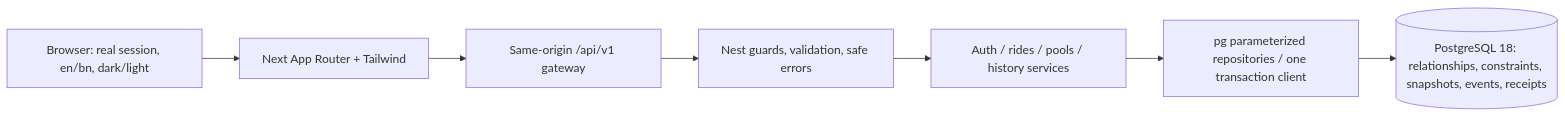
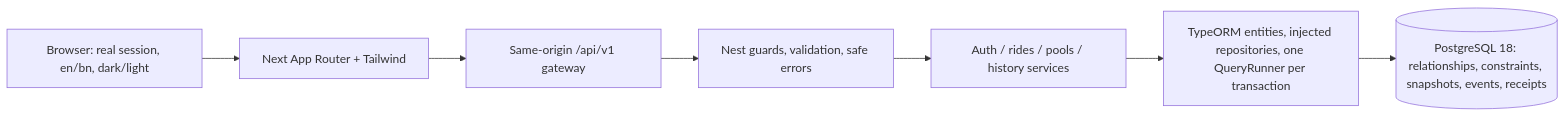
Before and after one commit to asadbinjafor/Dhaka_Tesla_Pool: the diagram in docs/IMPLEMENTED_ARCHITECTURE.md, drawn with Mermaid. The commit also changed other lines of this file and 14 other files, not shown here.

Commit message:
docs(database): document TypeORM configuration and native verification

````diff
--- a/docs/IMPLEMENTED_ARCHITECTURE.md
+++ b/docs/IMPLEMENTED_ARCHITECTURE.md
@@ -5,9 +5,9 @@
 ```mermaid
 flowchart LR
   B[Browser: real session, en/bn, dark/light] --> W[Next App Router + Tailwind]
   W --> G[Same-origin /api/v1 gateway]
   G --> A[Nest guards, validation, safe errors]
   A --> S[Auth / rides / pools / history services]
-  S --> R[pg parameterized repositories / one transaction client]
+  S --> R[TypeORM entities, injected repositories, one QueryRunner per transaction]
   R --> D[(PostgreSQL 18: relationships, constraints, snapshots, events, receipts)]
 ```
````
